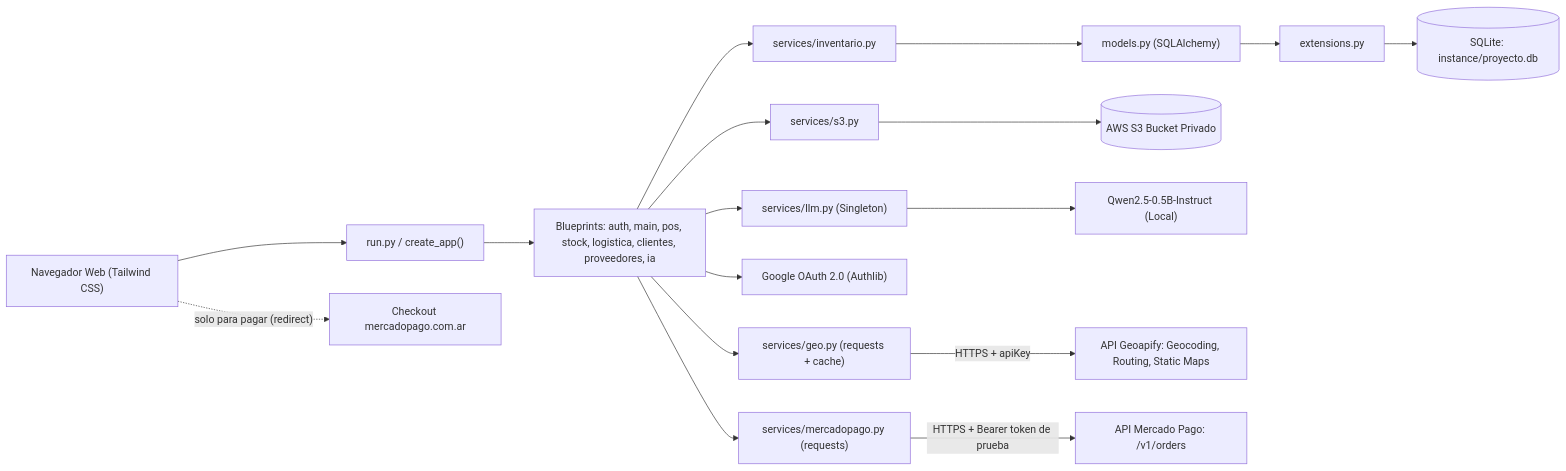
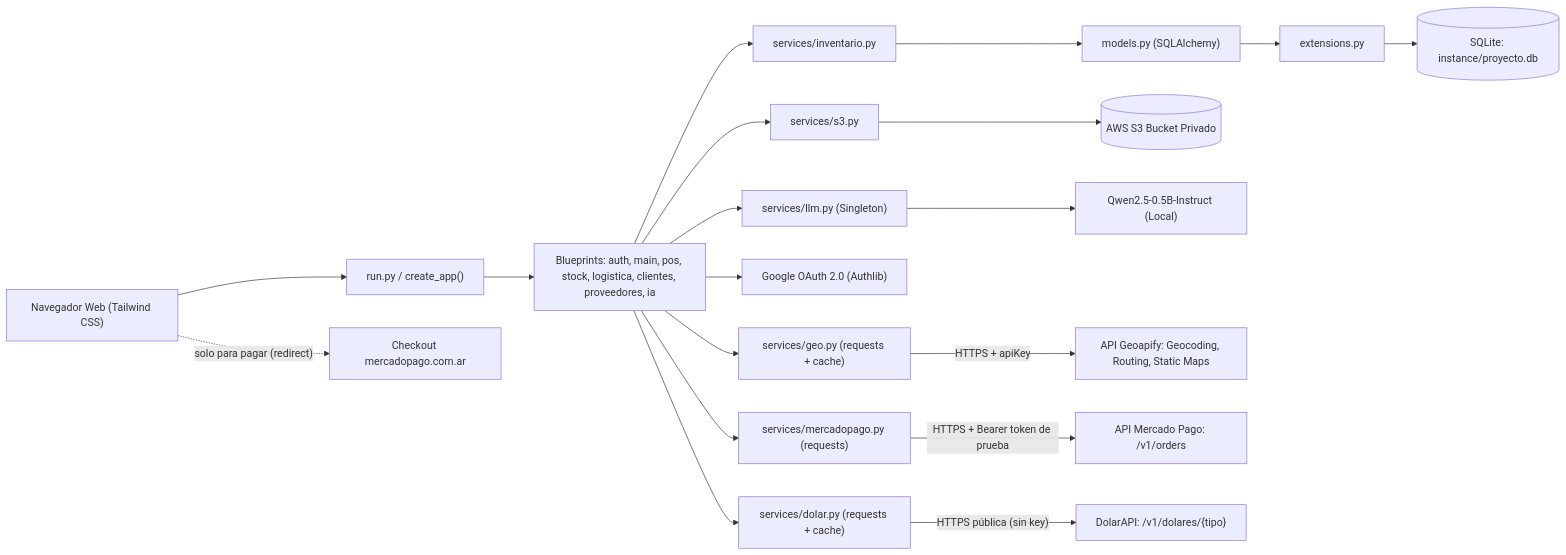
The first of 6 diagrams in supermercado/docs/DOCUMENTACION.md (Yannick-Raijman-DV/Jumbox-Analisis-Metodologias-Sistemas), drawn with Mermaid before and after one commit. The commit also changed other lines of this file and 6 other files, not shown here.

````diff
--- a/supermercado/docs/DOCUMENTACION.md
+++ b/supermercado/docs/DOCUMENTACION.md
@@ -126,19 +131,21 @@
 ```mermaid
 flowchart LR
     U["Navegador Web (Tailwind CSS)"] --> RUN["run.py / create_app()"]
     RUN --> BP["Blueprints: auth, main, pos, stock, logistica, clientes, proveedores, ia"]
     BP --> INV["services/inventario.py"]
     BP --> S3SVC["services/s3.py"]
     BP --> LLMSVC["services/llm.py (Singleton)"]
     BP --> OAUTH["Google OAuth 2.0 (Authlib)"]
     BP --> GEOSVC["services/geo.py (requests + cache)"]
     BP --> MPSVC["services/mercadopago.py (requests)"]
+    BP --> DOLSVC["services/dolar.py (requests + cache)"]
     INV --> MOD["models.py (SQLAlchemy)"]
     MOD --> EXT["extensions.py"]
     EXT --> DB[("SQLite: instance/proyecto.db")]
     S3SVC --> AWS[("AWS S3 Bucket Privado")]
     LLMSVC --> QWEN["Qwen2.5-0.5B-Instruct (Local)"]
     GEOSVC -->|"HTTPS + apiKey"| GEOAPI["API Geoapify: Geocoding, Routing, Static Maps"]
     MPSVC -->|"HTTPS + Bearer token de prueba"| MPAPI["API Mercado Pago: /v1/orders"]
+    DOLSVC -->|"HTTPS pública (sin key)"| DOLAPI["DolarAPI: /v1/dolares/{tipo}"]
     U -.->|"solo para pagar (redirect)"| MPCHK["Checkout mercadopago.com.ar"]
 ```
````
